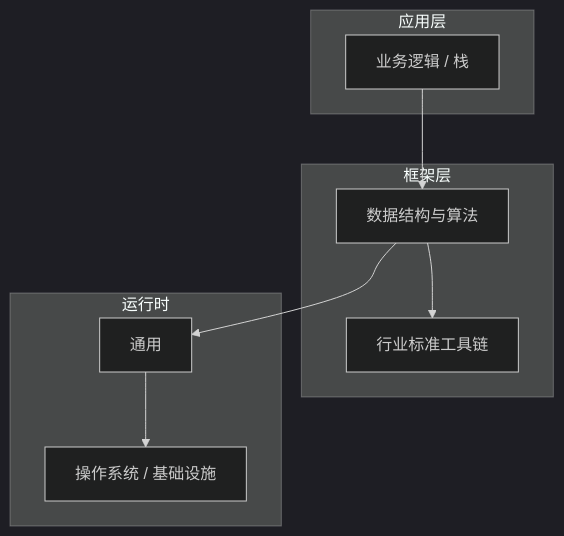
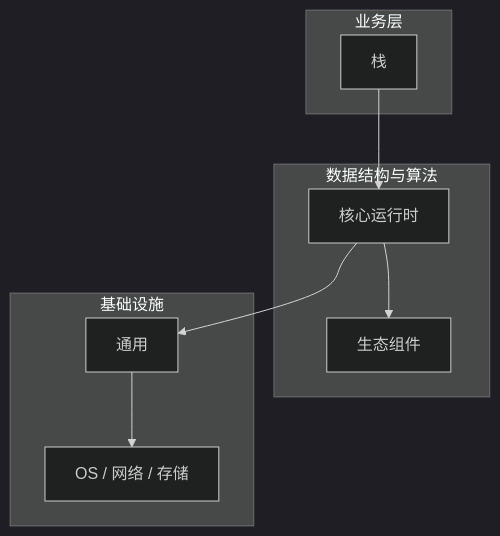
Before and after one commit to yanggan2015/knowledge-json-v2: the diagram in articles/数据结构与算法/chapters/037-栈核心概念与原理.md, drawn with Mermaid (dark theme). The commit also changed other lines of this file and 10127 other files, not shown here.

````diff
--- a/articles/数据结构与算法/chapters/037-栈核心概念与原理.md
+++ b/articles/数据结构与算法/chapters/037-栈核心概念与原理.md
@@ -45,18 +30,18 @@
 ```mermaid
 graph TB
-    subgraph 应用层
-        A[业务逻辑 / 栈]
+    subgraph 业务层
+        A[栈]
     end
-    subgraph 框架层
-        B[数据结构与算法]
-        C[行业标准工具链]
+    subgraph 数据结构与算法
+        B[核心运行时]
+        C[生态组件]
     end
-    subgraph 运行时
+    subgraph 基础设施
         D[通用]
-        E[操作系统 / 基础设施]
+        E[OS / 网络 / 存储]
     end
     A --> B
     B --> C
     B --> D
     D --> E
 ```
````
